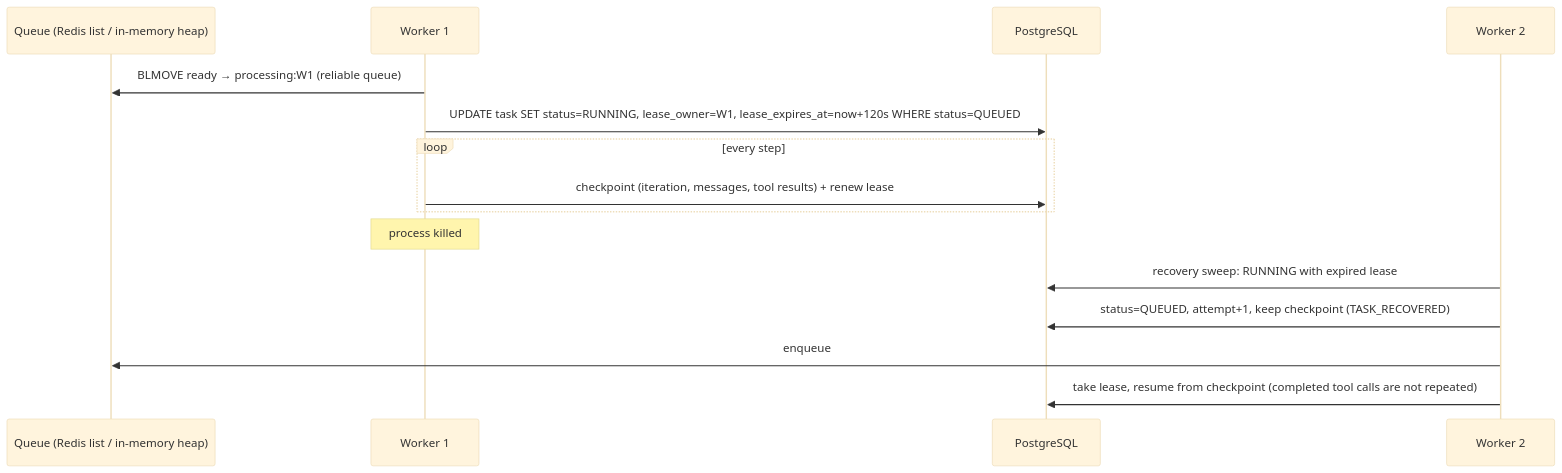
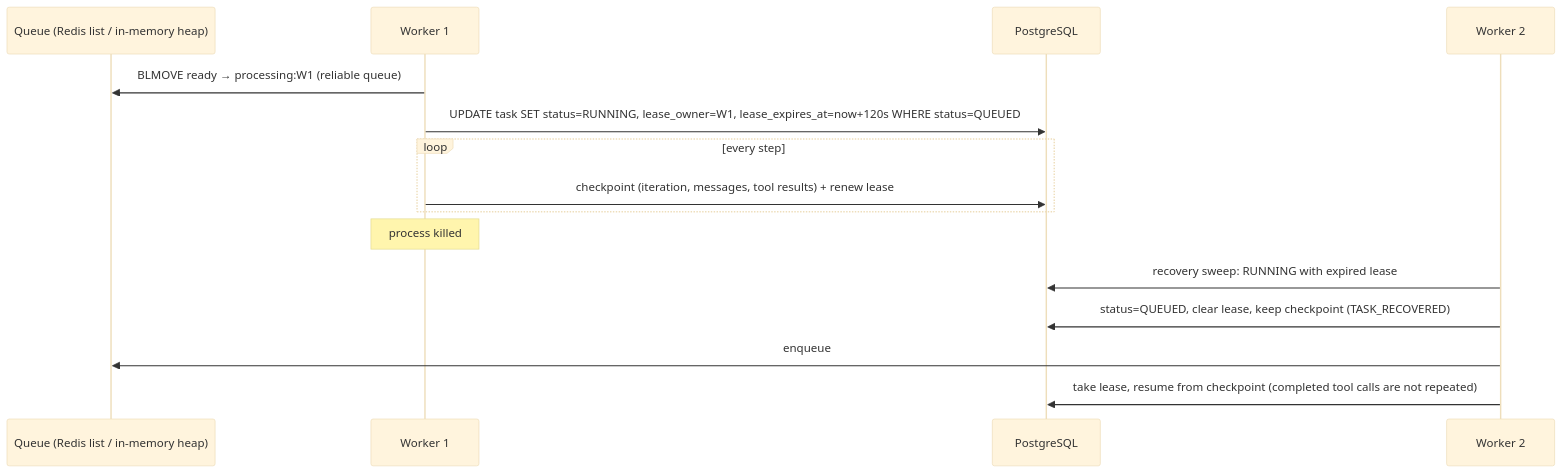
The fifth of 6 diagrams in docs/ARCHITECTURE.md (Faizanaziz21/AI-Agent-Development), drawn with Mermaid (base theme) before and after one commit. The commit also changed other lines of this file, not shown here.

````diff
--- a/docs/ARCHITECTURE.md
+++ b/docs/ARCHITECTURE.md
@@ -224,17 +224,17 @@
 ```mermaid
 sequenceDiagram
   participant Q as Queue (Redis list / in-memory heap)
   participant W1 as Worker 1
   participant DB as PostgreSQL
   participant W2 as Worker 2
   W1->>Q: BLMOVE ready → processing:W1 (reliable queue)
   W1->>DB: UPDATE task SET status=RUNNING, lease_owner=W1, lease_expires_at=now+120s WHERE status=QUEUED
   loop every step
     W1->>DB: checkpoint (iteration, messages, tool results) + renew lease
   end
   Note over W1: process killed
   W2->>DB: recovery sweep: RUNNING with expired lease
-  W2->>DB: status=QUEUED, attempt+1, keep checkpoint (TASK_RECOVERED)
+  W2->>DB: status=QUEUED, clear lease, keep checkpoint (TASK_RECOVERED)
   W2->>Q: enqueue
   W2->>DB: take lease, resume from checkpoint (completed tool calls are not repeated)
 ```
````
